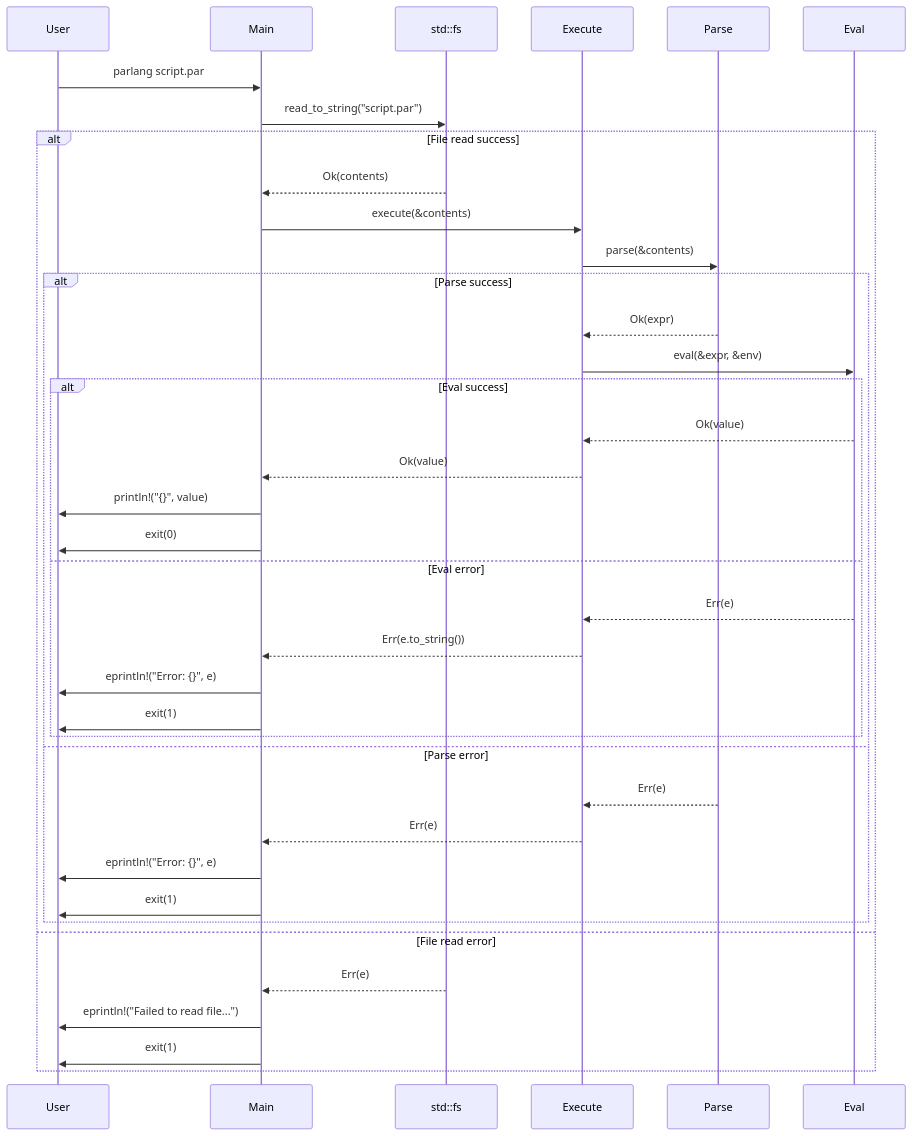
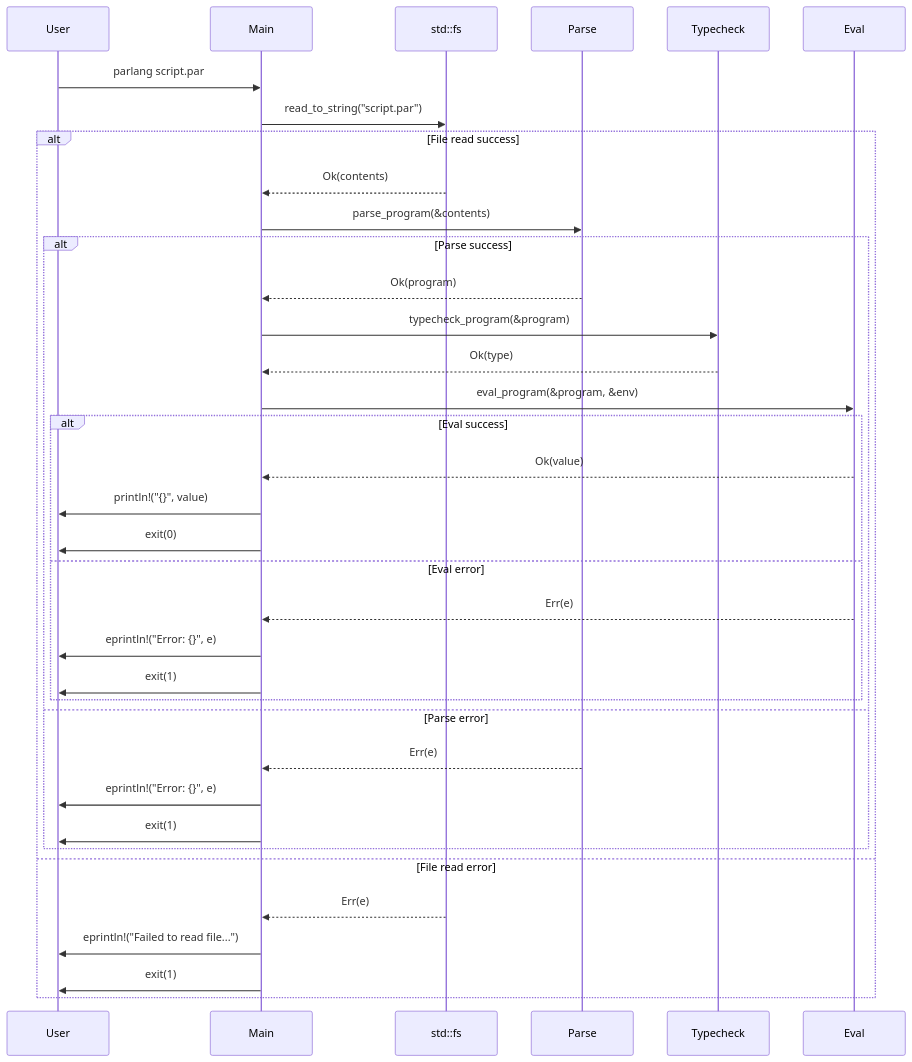
Before and after one commit to vansweej/parlang: the seventh of 11 diagrams in docs/MODULE_MAIN.md, drawn with Mermaid. The commit also changed other lines of this file and 14 other files, not shown here.

````diff
--- a/docs/MODULE_MAIN.md
+++ b/docs/MODULE_MAIN.md
@@ -672,44 +664,42 @@
 ```mermaid
 sequenceDiagram
     participant User
     participant Main
     participant FS as std::fs
-    participant Execute
     participant Parse
+    participant Typecheck
     participant Eval
     
     User->>Main: parlang script.par
     Main->>FS: read_to_string("script.par")
     
     alt File read success
         FS-->>Main: Ok(contents)
-        Main->>Execute: execute(&contents)
-        Execute->>Parse: parse(&contents)
+        Main->>Parse: parse_program(&contents)
         
         alt Parse success
-            Parse-->>Execute: Ok(expr)
-            Execute->>Eval: eval(&expr, &env)
+            Parse-->>Main: Ok(program)
+            Main->>Typecheck: typecheck_program(&program)
+            Typecheck-->>Main: Ok(type)
+            Main->>Eval: eval_program(&program, &env)
             
             alt Eval success
-                Eval-->>Execute: Ok(value)
-                Execute-->>Main: Ok(value)
+                Eval-->>Main: Ok(value)
                 Main->>User: println!("{}", value)
                 Main->>User: exit(0)
             else Eval error
-                Eval-->>Execute: Err(e)
-                Execute-->>Main: Err(e.to_string())
+                Eval-->>Main: Err(e)
                 Main->>User: eprintln!("Error: {}", e)
                 Main->>User: exit(1)
             end
         else Parse error
-            Parse-->>Execute: Err(e)
-            Execute-->>Main: Err(e)
+            Parse-->>Main: Err(e)
             Main->>User: eprintln!("Error: {}", e)
             Main->>User: exit(1)
         end
     else File read error
         FS-->>Main: Err(e)
         Main->>User: eprintln!("Failed to read file...")
         Main->>User: exit(1)
     end
 ```
````
